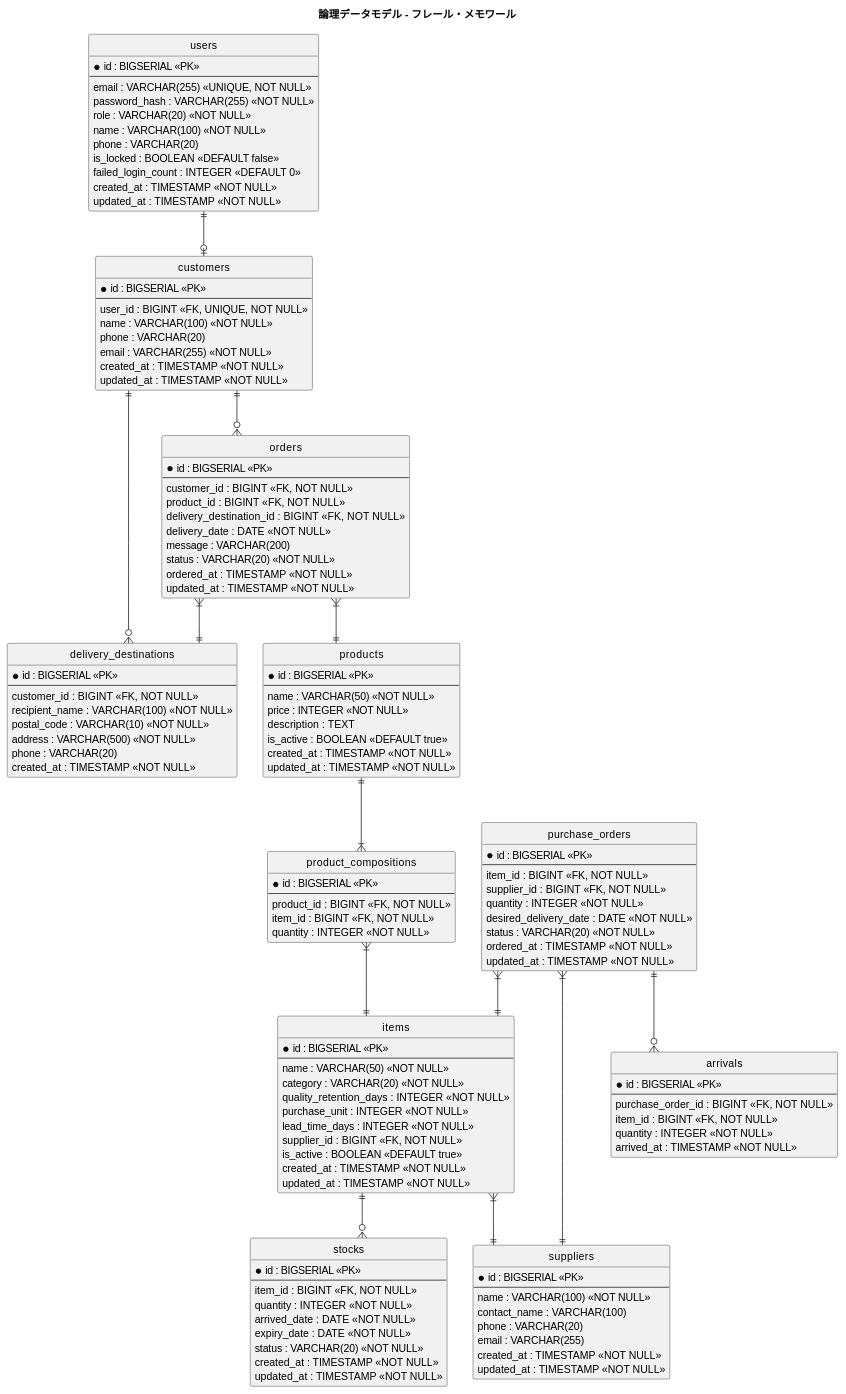
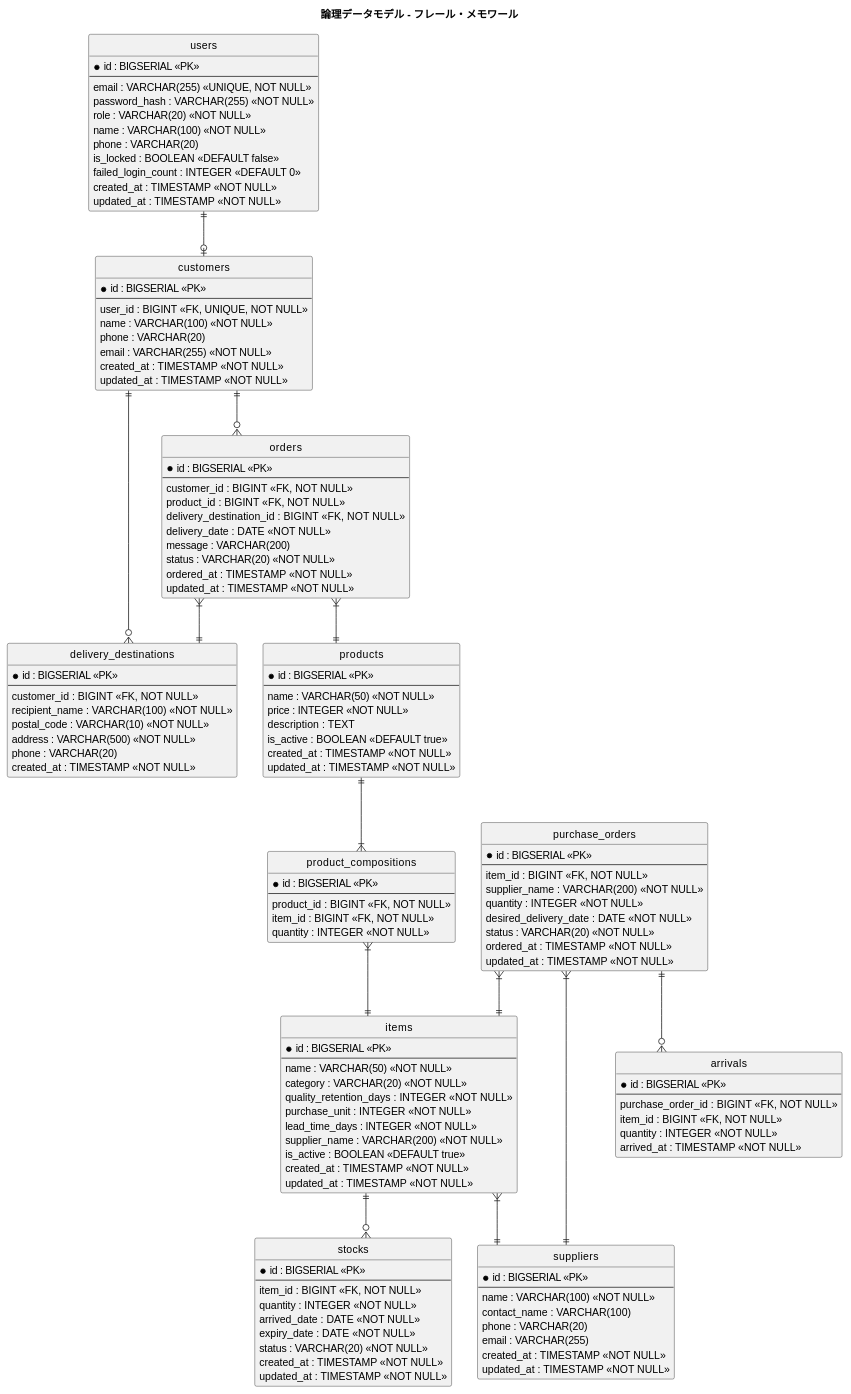
The second of 2 diagrams in docs/design/data-model.md (k2works/case-study-sdd-development), drawn with PlantUML before and after one commit. The commit also changed other lines of this file and 10 other files, not shown here.

```diff
--- a/docs/design/data-model.md
+++ b/docs/design/data-model.md
@@ -138,7 +138,7 @@
   quality_retention_days : INTEGER <<NOT NULL>>
   purchase_unit : INTEGER <<NOT NULL>>
   lead_time_days : INTEGER <<NOT NULL>>
-  supplier_id : BIGINT <<FK, NOT NULL>>
+  supplier_name : VARCHAR(200) <<NOT NULL>>
   is_active : BOOLEAN <<DEFAULT true>>
   created_at : TIMESTAMP <<NOT NULL>>
   updated_at : TIMESTAMP <<NOT NULL>>
@@ -172,7 +172,7 @@
   *id : BIGSERIAL <<PK>>
   --
   item_id : BIGINT <<FK, NOT NULL>>
-  supplier_id : BIGINT <<FK, NOT NULL>>
+  supplier_name : VARCHAR(200) <<NOT NULL>>
   quantity : INTEGER <<NOT NULL>>
   desired_delivery_date : DATE <<NOT NULL>>
   status : VARCHAR(20) <<NOT NULL>>
```
